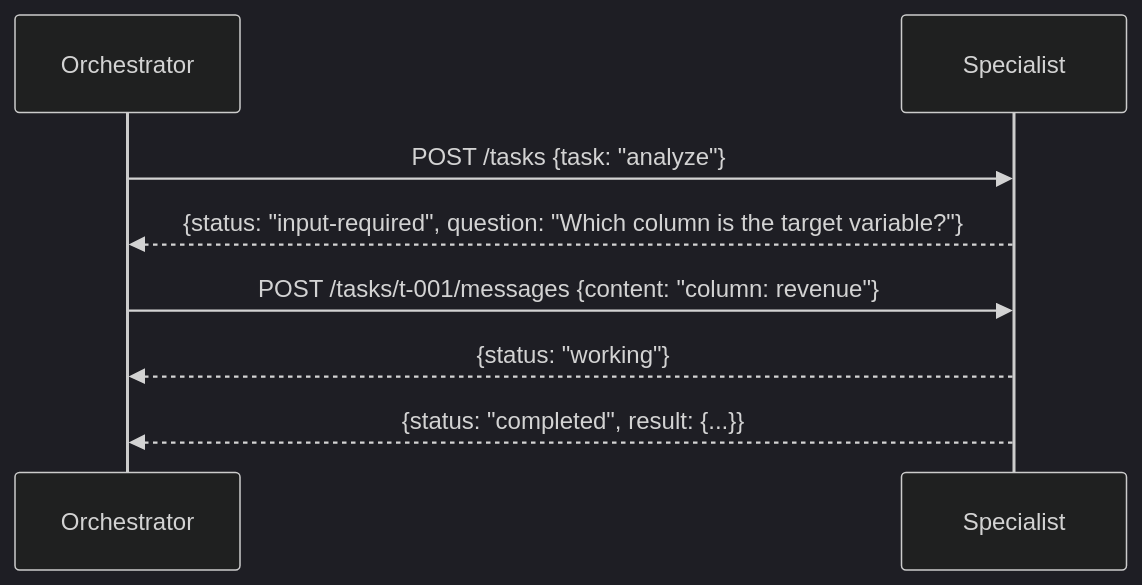
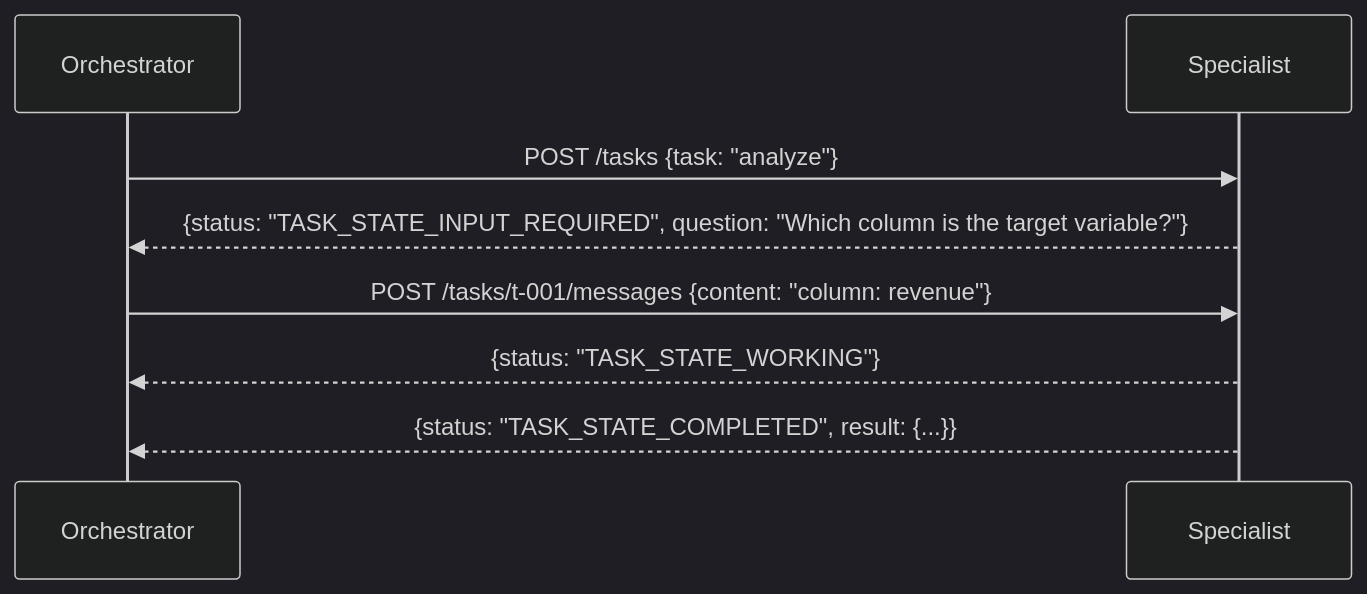
The second of 7 diagrams in src/main/java/com/rutik/systemdesign/llm/multi_agent_systems/agent_to_agent_protocols.md (rppol/system-design), drawn with Mermaid before and after one commit. The commit also changed other lines of this file and 26 other files, not shown here.

````diff
--- a/src/main/java/com/rutik/systemdesign/llm/multi_agent_systems/agent_to_agent_protocols.md
+++ b/src/main/java/com/rutik/systemdesign/llm/multi_agent_systems/agent_to_agent_protocols.md
@@ -173,11 +217,11 @@
 ```mermaid
 %%{init: {'theme': 'dark'}}%%
 sequenceDiagram
     participant O as Orchestrator
     participant S as Specialist
     O->>S: POST /tasks {task: "analyze"}
-    S-->>O: {status: "input-required", question: "Which column is the target variable?"}
+    S-->>O: {status: "TASK_STATE_INPUT_REQUIRED", question: "Which column is the target variable?"}
     O->>S: POST /tasks/t-001/messages {content: "column: revenue"}
-    S-->>O: {status: "working"}
-    S-->>O: {status: "completed", result: {...}}
+    S-->>O: {status: "TASK_STATE_WORKING"}
+    S-->>O: {status: "TASK_STATE_COMPLETED", result: {...}}
 ```
````
